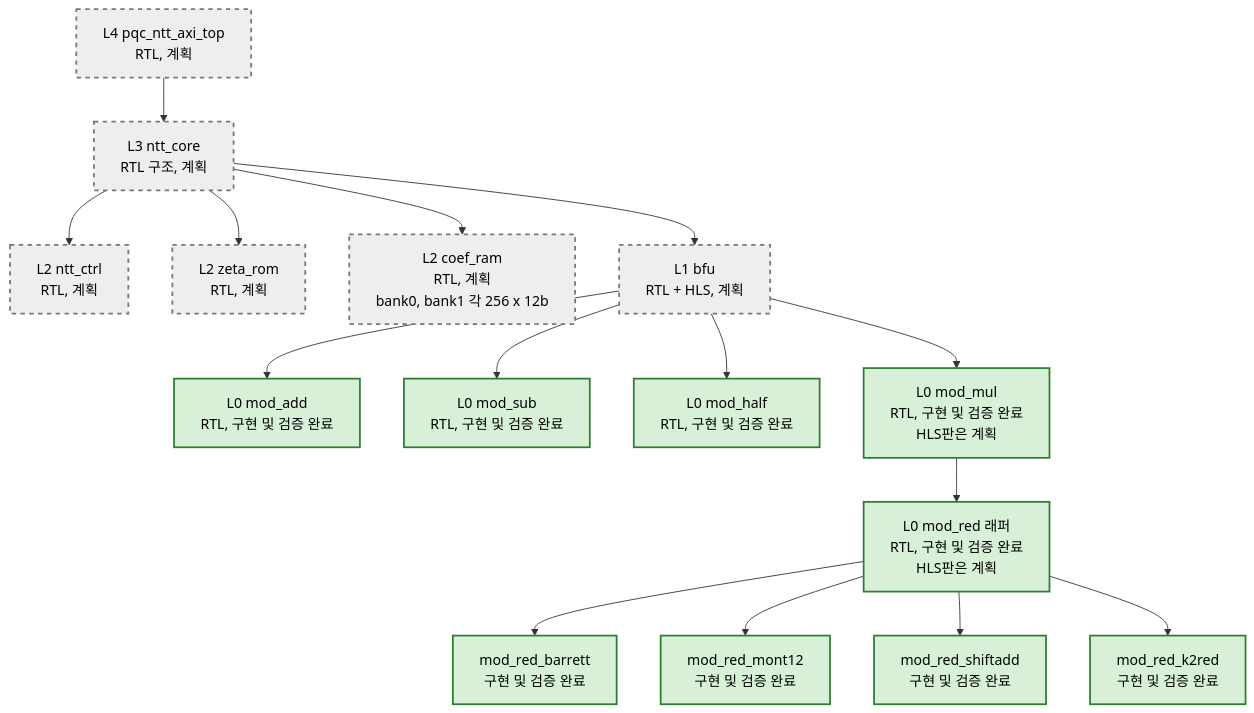
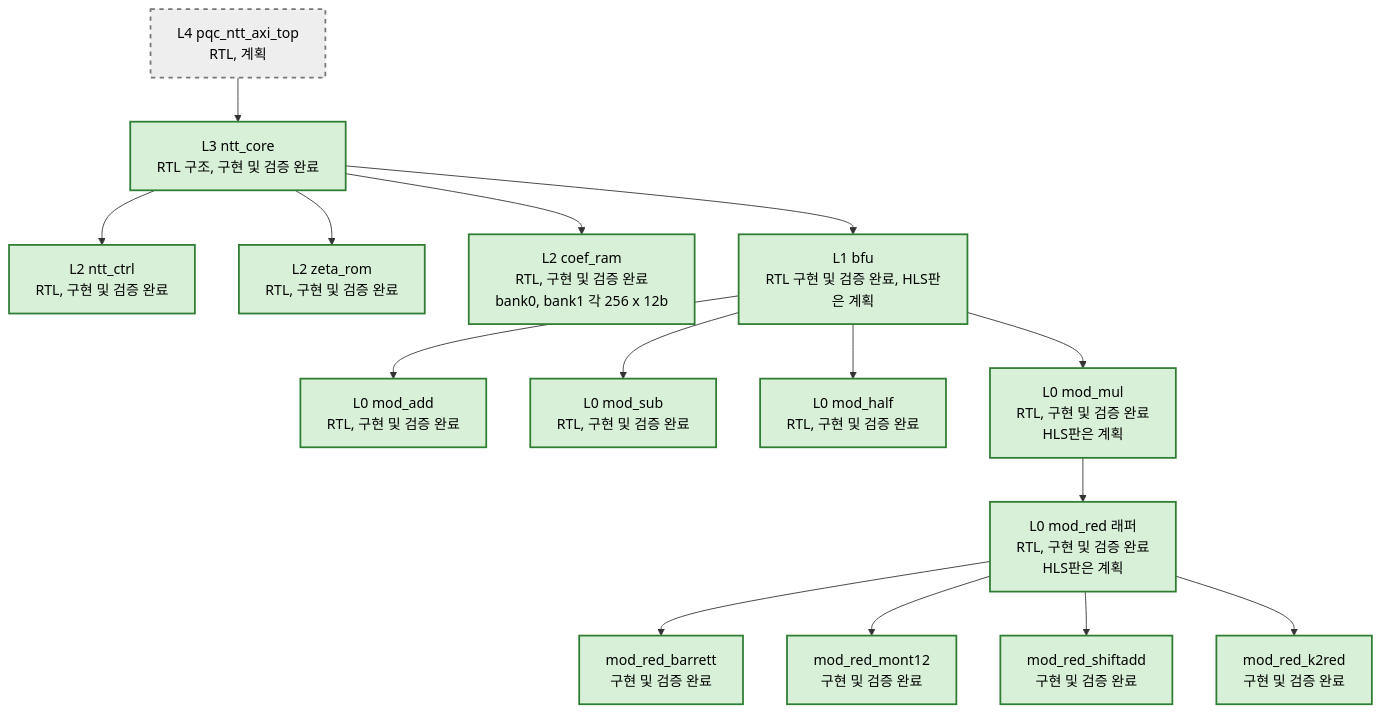
One commit to oerreo/HW_Projects changed the first of 4 diagrams in progress/pqc-ntt-ip/docs/diagrams/00_hierarchy.md. Above: the diagram before and after it, drawn with Mermaid. The commit also changed other lines of this file and 4 other files, not shown here.

Commit message:
docs: L3 ntt_core diagrams, hierarchy status, Notion sync marks

````diff
--- a/progress/pqc-ntt-ip/docs/diagrams/00_hierarchy.md
+++ b/progress/pqc-ntt-ip/docs/diagrams/00_hierarchy.md
@@ -13,36 +15,36 @@
 ```mermaid
 flowchart TD
     top["L4 pqc_ntt_axi_top<br/>RTL, 계획"]:::plan
-    core["L3 ntt_core<br/>RTL 구조, 계획"]:::plan
-    ctrl["L2 ntt_ctrl<br/>RTL, 계획"]:::plan
-    zrom["L2 zeta_rom<br/>RTL, 계획"]:::plan
-    cram["L2 coef_ram<br/>RTL, 계획<br/>bank0, bank1 각 256 x 12b"]:::plan
-    bfu["L1 bfu<br/>RTL + HLS, 계획"]:::plan
+    core["L3 ntt_core<br/>RTL 구조, 구현 및 검증 완료"]:::done
+    ctrl["L2 ntt_ctrl<br/>RTL, 구현 및 검증 완료"]:::done
+    zrom["L2 zeta_rom<br/>RTL, 구현 및 검증 완료"]:::done
+    cram["L2 coef_ram<br/>RTL, 구현 및 검증 완료<br/>bank0, bank1 각 256 x 12b"]:::done
+    bfu["L1 bfu<br/>RTL 구현 및 검증 완료, HLS판은 계획"]:::done
     madd["L0 mod_add<br/>RTL, 구현 및 검증 완료"]:::done
     msub["L0 mod_sub<br/>RTL, 구현 및 검증 완료"]:::done
     mhalf["L0 mod_half<br/>RTL, 구현 및 검증 완료"]:::done
     mmul["L0 mod_mul<br/>RTL, 구현 및 검증 완료<br/>HLS판은 계획"]:::done
     mred["L0 mod_red 래퍼<br/>RTL, 구현 및 검증 완료<br/>HLS판은 계획"]:::done
     rb["mod_red_barrett<br/>구현 및 검증 완료"]:::done
     rm["mod_red_mont12<br/>구현 및 검증 완료"]:::done
     rs["mod_red_shiftadd<br/>구현 및 검증 완료"]:::done
     rk["mod_red_k2red<br/>구현 및 검증 완료"]:::done
 
     top --> core
     core --> ctrl
     core --> zrom
     core --> cram
     core --> bfu
     bfu --> madd
     bfu --> msub
     bfu --> mhalf
     bfu --> mmul
     mmul --> mred
     mred --> rb
     mred --> rm
     mred --> rs
     mred --> rk
 
     classDef done fill:#d8f0d8,stroke:#2e7d32,stroke-width:2px,color:#000
     classDef plan fill:#eeeeee,stroke:#777777,stroke-width:2px,stroke-dasharray:5 5,color:#000
 ```
````
